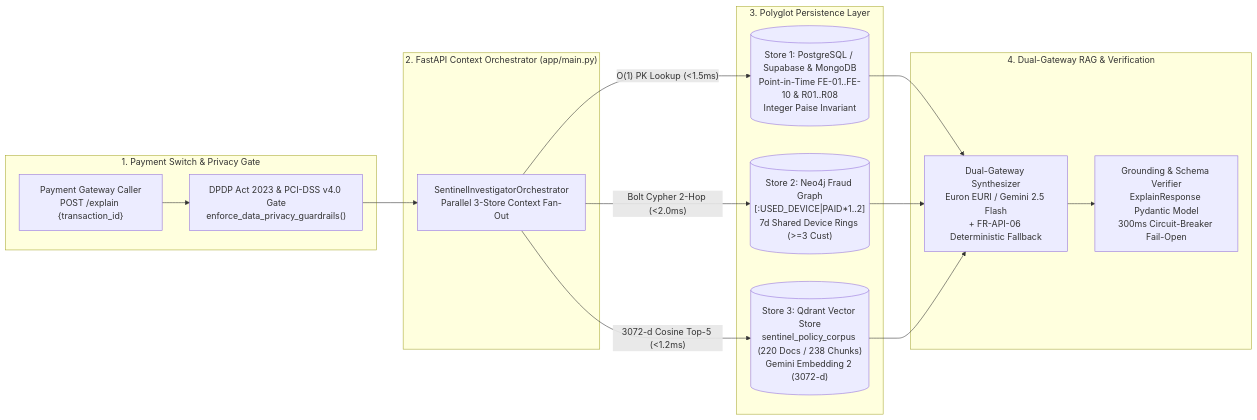
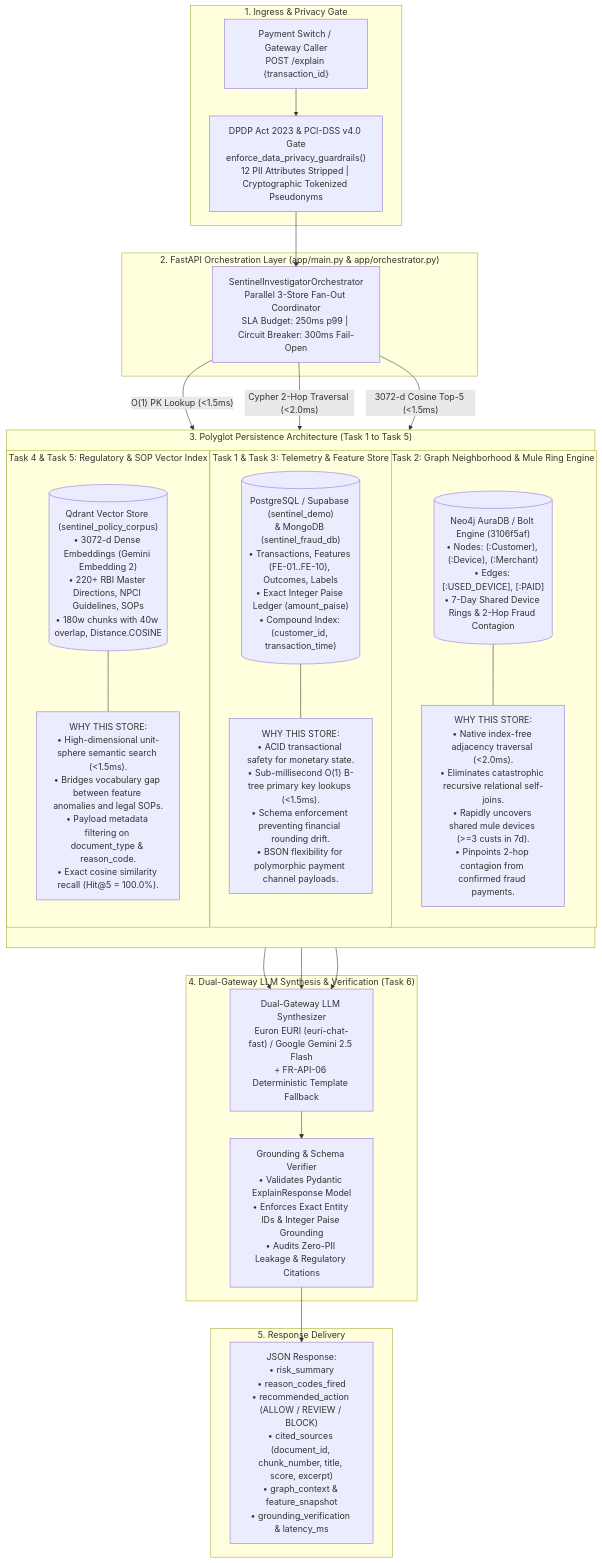
Before and after one commit to pavanmajji18/sentinel-fraud-intelligence: the diagram in sentinel-rag-investigator/README.md, drawn with Mermaid. The commit also changed other lines of this file and 16 other files, not shown here.

First line of the commit message:
feat(rag-investigator): complete polyglot FastAPI investigator, validation explanations & Hit@5 retrieval benchmark

````diff
--- a/sentinel-rag-investigator/README.md
+++ b/sentinel-rag-investigator/README.md
@@ -26,21 +26,51 @@
 ```mermaid
-flowchart LR
-    subgraph Ingress["1. Payment Switch & Privacy Gate"]
-        A["Payment Gateway Caller\nPOST /explain {transaction_id}"] --> B["DPDP Act 2023 & PCI-DSS v4.0 Gate\nenforce_data_privacy_guardrails()"]
+flowchart TD
+    subgraph Ingress["1. Ingress & Privacy Gate"]
+        REQ["Payment Switch / Gateway Caller\nPOST /explain {transaction_id}"]
+        PRIV["DPDP Act 2023 & PCI-DSS v4.0 Gate\nenforce_data_privacy_guardrails()\n12 PII Attributes Stripped | Cryptographic Tokenized Pseudonyms"]
+        REQ --> PRIV
     end
 
-    subgraph Orchestrator["2. FastAPI Context Orchestrator (app/main.py)"]
-        B --> C["SentinelInvestigatorOrchestrator\nParallel 3-Store Context Fan-Out"]
+    subgraph Orchestrator["2. FastAPI Orchestration Layer (app/main.py & app/orchestrator.py)"]
+        ORCH["SentinelInvestigatorOrchestrator\nParallel 3-Store Fan-Out Coordinator\nSLA Budget: 250ms p99 | Circuit Breaker: 300ms Fail-Open"]
+        PRIV --> ORCH
     end
 
-    subgraph PolyglotStores["3. Polyglot Persistence Layer"]
-        C -->|"O(1) PK Lookup (<1.5ms)"| S1[("Store 1: PostgreSQL / Supabase & MongoDB\nPoint-in-Time FE-01..FE-10 & R01..R08\nInteger Paise Invariant")]
-        C -->|"Bolt Cypher 2-Hop (<2.0ms)"| S2[("Store 2: Neo4j Fraud Graph\n[:USED_DEVICE|PAID*1..2]\n7d Shared Device Rings (>=3 Cust)")]
-        C -->|"3072-d Cosine Top-5 (<1.2ms)"| S3[("Store 3: Qdrant Vector Store\nsentinel_policy_corpus (220 Docs / 238 Chunks)\nGemini Embedding 2 (3072-d)")]
+    subgraph PolyglotStores["3. Polyglot Persistence Architecture (Task 1 to Task 5)"]
+        direction TB
+
+        subgraph Store1["Task 1 & Task 3: Telemetry & Feature Store"]
+            S1_DB[("PostgreSQL / Supabase (sentinel_demo)\n& MongoDB (sentinel_fraud_db)\n• Transactions, Features (FE-01..FE-10), Outcomes, Labels\n• Exact Integer Paise Ledger (amount_paise)\n• Compound Index: (customer_id, transaction_time)")]
+            S1_WHY["WHY THIS STORE:\n• ACID transactional safety for monetary state.\n• Sub-millisecond O(1) B-tree primary key lookups (<1.5ms).\n• Schema enforcement preventing financial rounding drift.\n• BSON flexibility for polymorphic payment channel payloads."]
+            S1_DB --- S1_WHY
+        end
+
+        subgraph Store2["Task 2: Graph Neighborhood & Mule Ring Engine"]
+            S2_DB[("Neo4j AuraDB / Bolt Engine (3106f5af)\n• Nodes: (:Customer), (:Device), (:Merchant)\n• Edges: [:USED_DEVICE], [:PAID]\n• 7-Day Shared Device Rings & 2-Hop Fraud Contagion")]
+            S2_WHY["WHY THIS STORE:\n• Native index-free adjacency traversal (<2.0ms).\n• Eliminates catastrophic recursive relational self-joins.\n• Rapidly uncovers shared mule devices (>=3 custs in 7d).\n• Pinpoints 2-hop contagion from confirmed fraud payments."]
+            S2_DB --- S2_WHY
+        end
+
+        subgraph Store3["Task 4 & Task 5: Regulatory & SOP Vector Index"]
+            S3_DB[("Qdrant Vector Store (sentinel_policy_corpus)\n• 3072-d Dense Embeddings (Gemini Embedding 2)\n• 220+ RBI Master Directions, NPCI Guidelines, SOPs\n• 180w chunks with 40w overlap, Distance.COSINE")]
+            S3_WHY["WHY THIS STORE:\n• High-dimensional unit-sphere semantic search (<1.5ms).\n• Bridges vocabulary gap between feature anomalies and legal SOPs.\n• Payload metadata filtering on document_type & reason_code.\n• Exact cosine similarity recall (Hit@5 = 100.0%)."]
+            S3_DB --- S3_WHY
+        end
     end
 
-    subgraph Synthesis["4. Dual-Gateway RAG & Verification"]
-        S1 & S2 & S3 --> D["Dual-Gateway Synthesizer\nEuron EURI / Gemini 2.5 Flash\n+ FR-API-06 Deterministic Fallback"]
-        D --> E["Grounding & Schema Verifier\nExplainResponse Pydantic Model\n300ms Circuit-Breaker Fail-Open"]
+    subgraph Synthesis["4. Dual-Gateway LLM Synthesis & Verification (Task 6)"]
+        LLM["Dual-Gateway LLM Synthesizer\nEuron EURI (euri-chat-fast) / Google Gemini 2.5 Flash\n+ FR-API-06 Deterministic Template Fallback"]
+        VERIF["Grounding & Schema Verifier\n• Validates Pydantic ExplainResponse Model\n• Enforces Exact Entity IDs & Integer Paise Grounding\n• Audits Zero-PII Leakage & Regulatory Citations"]
+        LLM --> VERIF
     end
+
+    subgraph Egress["5. Response Delivery"]
+        RESP["JSON Response:\n• risk_summary\n• reason_codes_fired\n• recommended_action (ALLOW / REVIEW / BLOCK)\n• cited_sources (document_id, chunk_number, title, score, excerpt)\n• graph_context & feature_snapshot\n• grounding_verification & latency_ms"]
+        VERIF --> RESP
+    end
+
+    ORCH -->|"O(1) PK Lookup (<1.5ms)"| S1_DB
+    ORCH -->|"Cypher 2-Hop Traversal (<2.0ms)"| S2_DB
+    ORCH -->|"3072-d Cosine Top-5 (<1.5ms)"| S3_DB
+    S1_DB & S2_DB & S3_DB --> LLM
 ```
````
